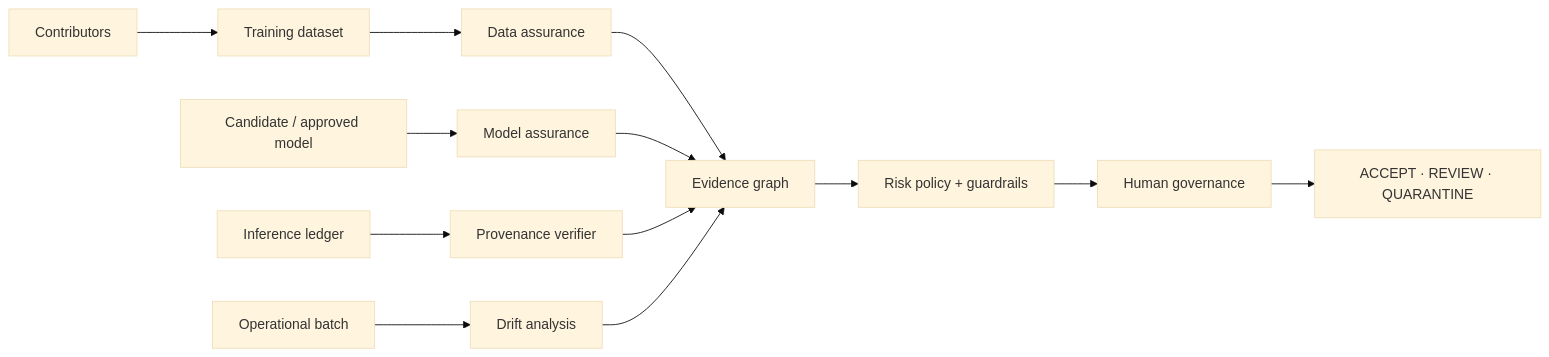
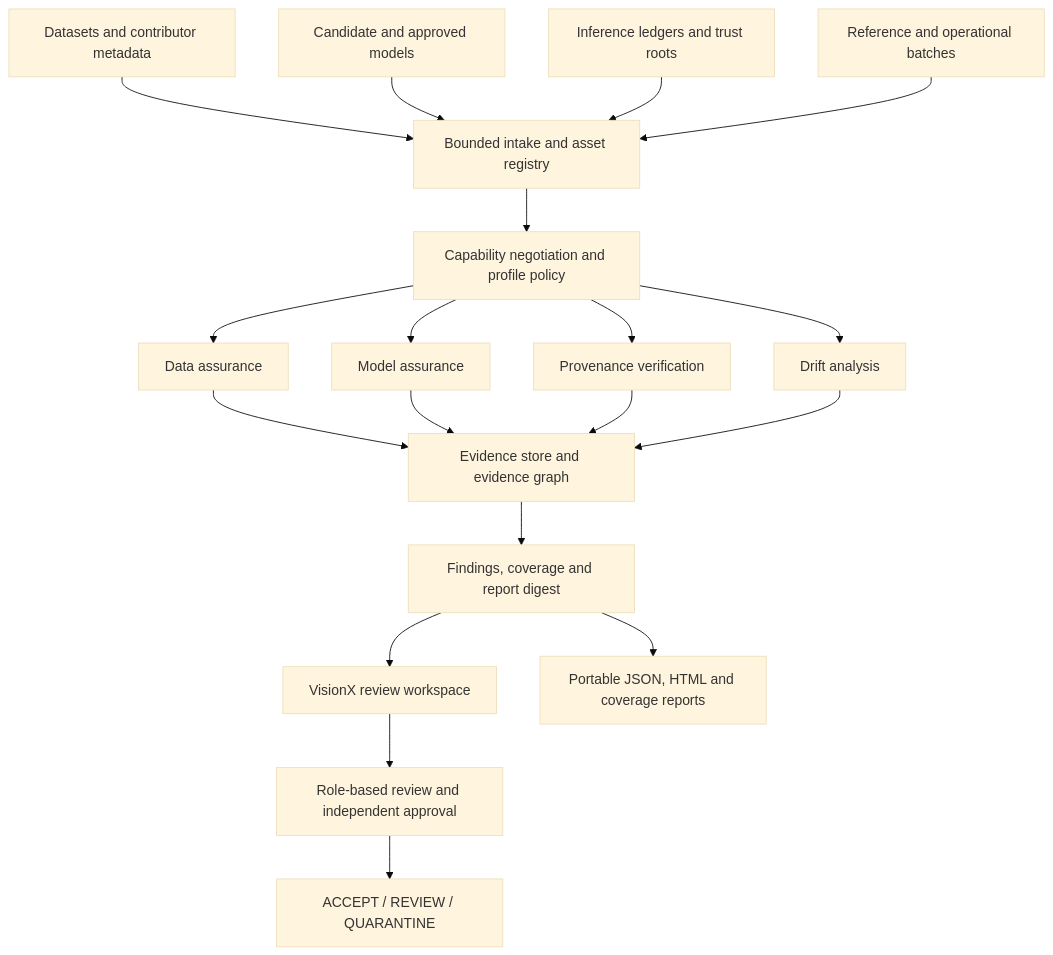
Before and after one commit to raghav-shell/VisionX: the diagram in README.md, drawn with Mermaid (base theme). The commit also changed other lines of this file and 6 other files, not shown here.

````diff
--- a/README.md
+++ b/README.md
@@ -18,15 +96,21 @@
 ```mermaid
-flowchart LR
-    C[Contributors] --> D[Training dataset]
-    D --> A[Data assurance]
-    M[Candidate / approved model] --> B[Model assurance]
-    R[Inference ledger] --> P[Provenance verifier]
-    O[Operational batch] --> S[Drift analysis]
-    A --> E[Evidence graph]
-    B --> E
-    P --> E
-    S --> E
-    E --> K[Risk policy + guardrails]
-    K --> G[Human governance]
-    G --> Q[ACCEPT · REVIEW · QUARANTINE]
+flowchart TB
+    A[Datasets and contributor metadata] --> I[Bounded intake and asset registry]
+    B[Candidate and approved models] --> I
+    C[Inference ledgers and trust roots] --> I
+    D[Reference and operational batches] --> I
+    I --> P[Capability negotiation and profile policy]
+    P --> E1[Data assurance]
+    P --> E2[Model assurance]
+    P --> E3[Provenance verification]
+    P --> E4[Drift analysis]
+    E1 --> E[Evidence store and evidence graph]
+    E2 --> E
+    E3 --> E
+    E4 --> E
+    E --> R[Findings, coverage and report digest]
+    R --> W[VisionX review workspace]
+    W --> G[Role-based review and independent approval]
+    G --> O[ACCEPT / REVIEW / QUARANTINE]
+    R --> X[Portable JSON, HTML and coverage reports]
 ```
````
